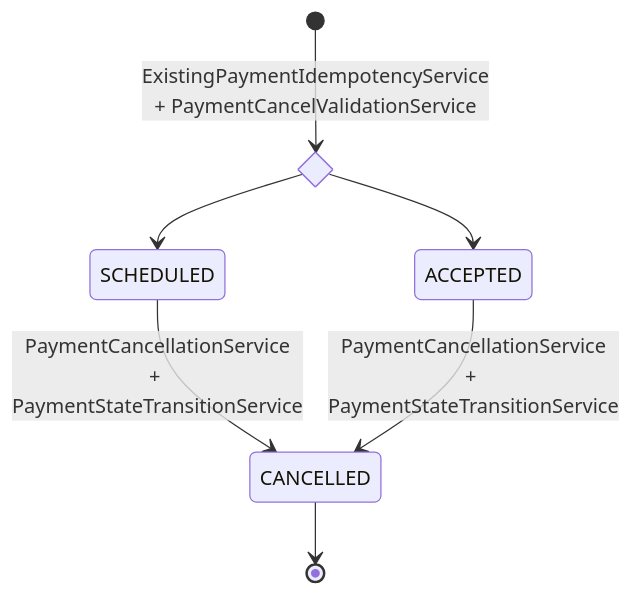
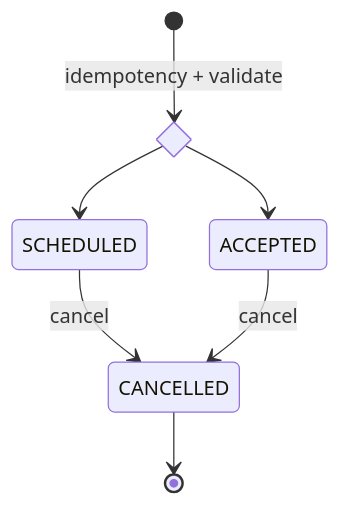
The fifth of 11 diagrams in docs/diagrams/state-diagrams.md (arunav-bhattacharya/billpay-docs), drawn with Mermaid before and after one commit. The commit also changed other lines of this file and 4 other files, not shown here.

Commit message:
Enhance Mermaid diagram styling and configuration for JetBrains Mono font

````diff
--- a/docs/diagrams/state-diagrams.md
+++ b/docs/diagrams/state-diagrams.md
@@ -84,10 +114,10 @@
 ```mermaid
 stateDiagram-v2
   state CurrentState <<choice>>
-  [*] --> CurrentState: ExistingPaymentIdempotencyService<br/>+ PaymentCancelValidationService
+  [*] --> CurrentState: idempotency + validate
   CurrentState --> SCHEDULED
   CurrentState --> ACCEPTED
-  SCHEDULED --> CANCELLED: PaymentCancellationService<br/>+ PaymentStateTransitionService
-  ACCEPTED --> CANCELLED: PaymentCancellationService<br/>+ PaymentStateTransitionService
+  SCHEDULED --> CANCELLED: cancel
+  ACCEPTED --> CANCELLED: cancel
   CANCELLED --> [*]
 ```
````
